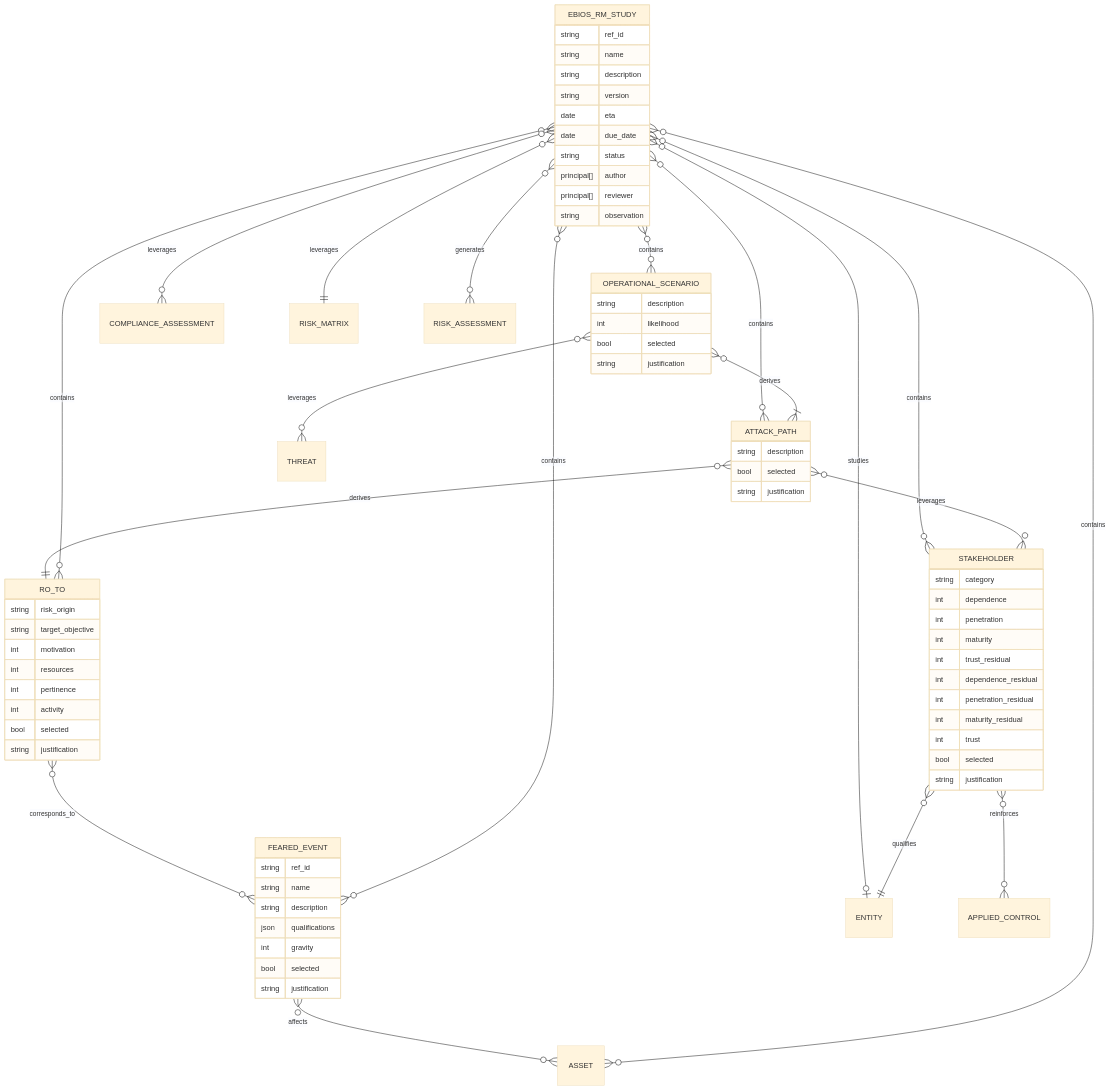
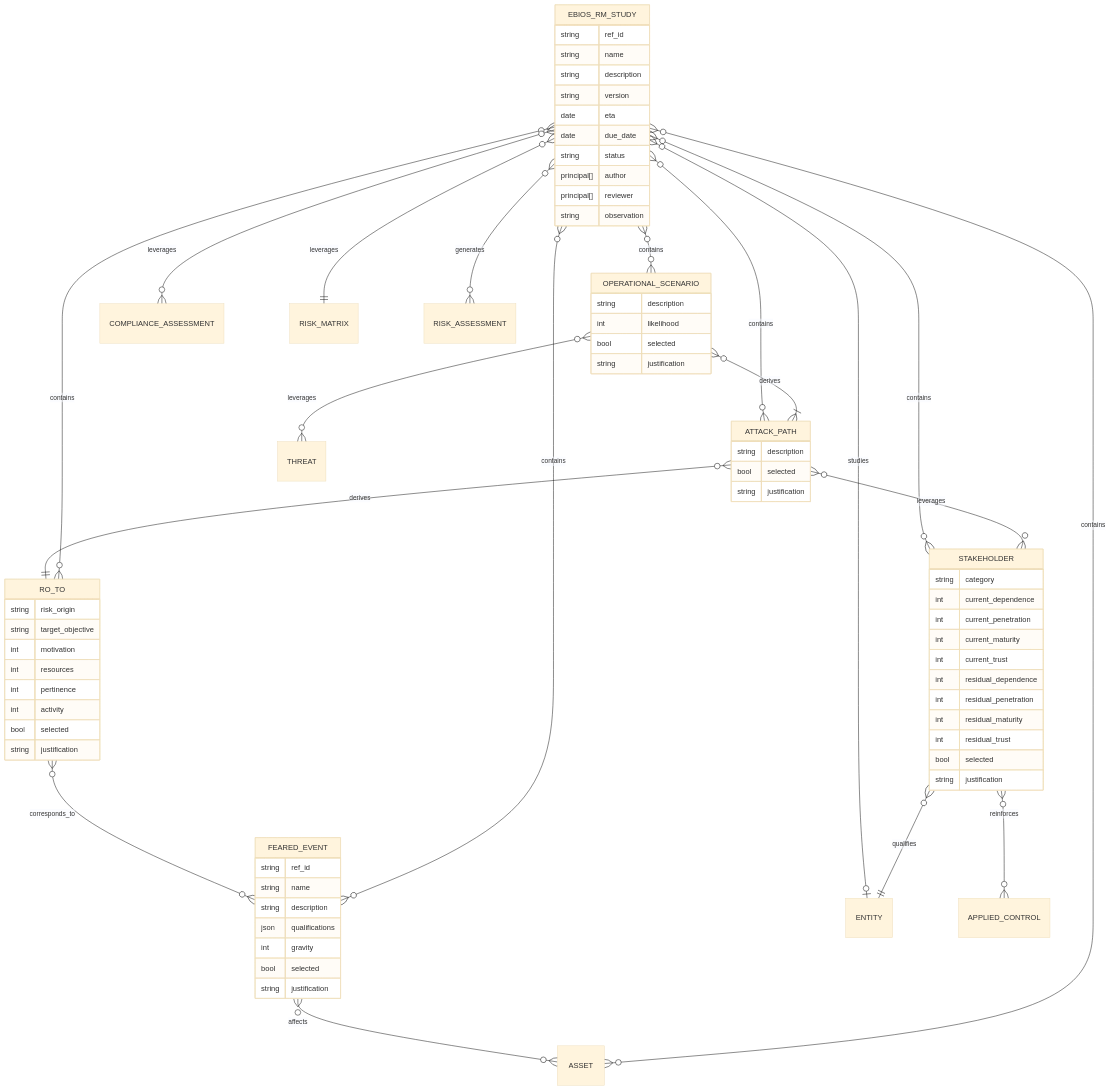
The tenth of 10 diagrams in documentation/architecture/data-model.md (intuitem/ciso-assistant-community), drawn with Mermaid (base theme) before and after one commit. The commit also changed other lines of this file, not shown here.

```diff
--- a/documentation/architecture/data-model.md
+++ b/documentation/architecture/data-model.md
@@ -1313,14 +1313,14 @@
 
     STAKEHOLDER {
         string category
-        int    dependence
-        int    penetration
-        int    maturity
-        int    trust_residual
-        int    dependence_residual
-        int    penetration_residual
-        int    maturity_residual
-        int    trust
+        int    current_dependence
+        int    current_penetration
+        int    current_maturity
+        int    current_trust
+        int    residual_dependence
+        int    residual_penetration
+        int    residual_maturity
+        int    residual_trust
         bool   selected
         string justification
     }
```
